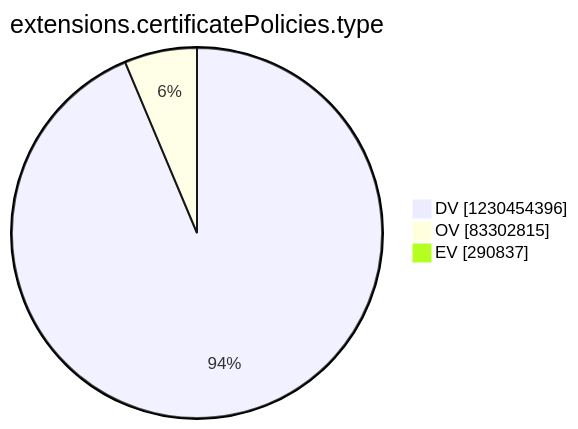
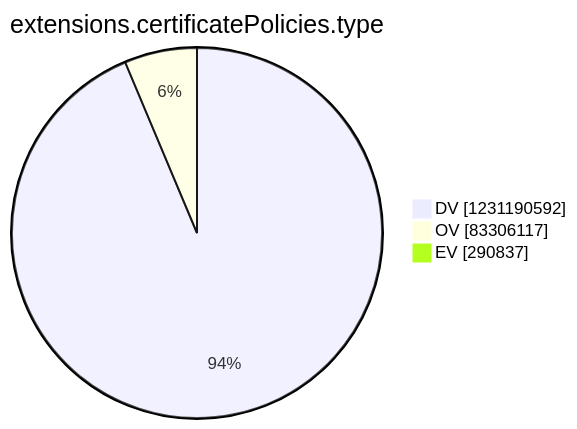
One commit to christiankrug/ctmonitor_visualization changed the tenth of 15 diagrams in argon2022/README.md. Above: the diagram before and after it, drawn with Mermaid. The commit also changed other lines of this file, not shown here.

````diff
--- a/argon2022/README.md
+++ b/argon2022/README.md
@@ -2770,7 +2770,7 @@
 ```mermaid
 pie showData
 title extensions.certificatePolicies.type
-"DV" :1230454396
-"OV" :83302815
+"DV" :1231190592
+"OV" :83306117
 "EV" :290837
 ```
````
